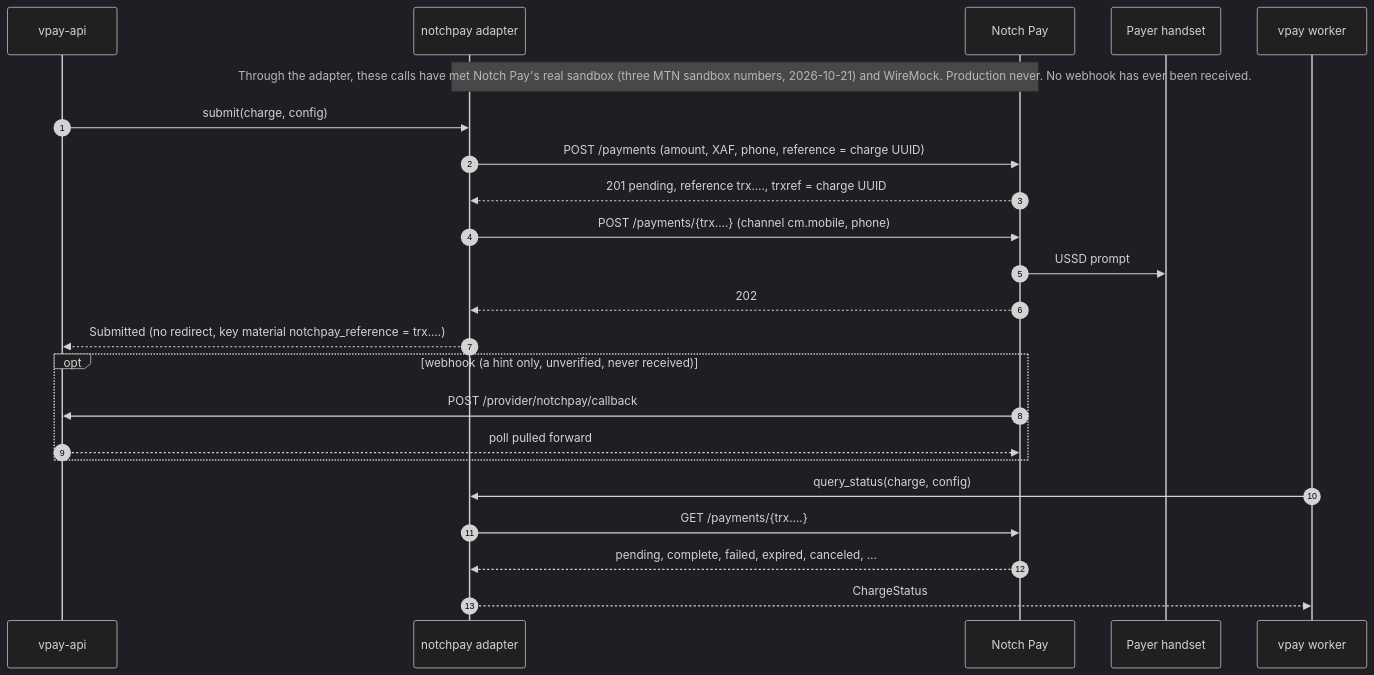
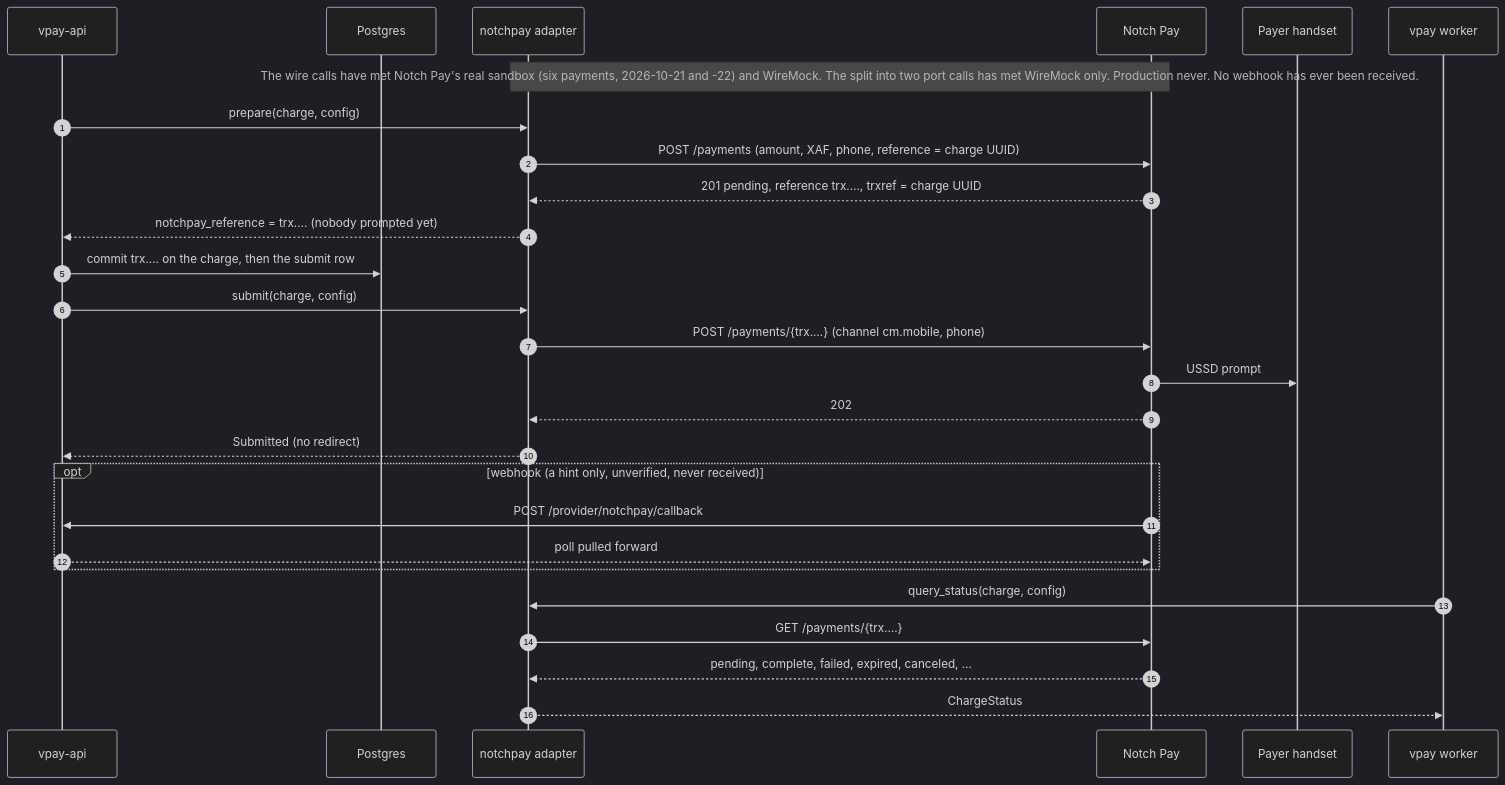
Before and after one commit to vaam-apps/vpay-docs: the diagram in docs/rails/notchpay.md, drawn with Mermaid (dark theme). The commit also changed other lines of this file and 24 other files, not shown here.

````diff
--- a/docs/rails/notchpay.md
+++ b/docs/rails/notchpay.md
@@ -113,25 +138,29 @@
 ```mermaid
 sequenceDiagram
     autonumber
     participant API as vpay-api
+    participant DB as Postgres
     participant A as notchpay adapter
     participant N as Notch Pay
     participant P as Payer handset
     participant W as vpay worker
-    Note over A,N: Through the adapter, these calls have met Notch Pay's real sandbox (three MTN sandbox numbers, 2026-10-21) and WireMock. Production never. No webhook has ever been received.
-    API->>A: submit(charge, config)
+    Note over A,N: The wire calls have met Notch Pay's real sandbox (six payments, 2026-10-21 and -22) and WireMock. The split into two port calls has met WireMock only. Production never. No webhook has ever been received.
+    API->>A: prepare(charge, config)
     A->>N: POST /payments (amount, XAF, phone, reference = charge UUID)
     N-->>A: 201 pending, reference trx.…, trxref = charge UUID
+    A-->>API: notchpay_reference = trx.… (nobody prompted yet)
+    API->>DB: commit trx.… on the charge, then the submit row
+    API->>A: submit(charge, config)
     A->>N: POST /payments/{trx.…} (channel cm.mobile, phone)
     N->>P: USSD prompt
     N-->>A: 202
-    A-->>API: Submitted (no redirect, key material notchpay_reference = trx.…)
+    A-->>API: Submitted (no redirect)
     opt webhook (a hint only, unverified, never received)
         N->>API: POST /provider/notchpay/callback
         API-->>N: poll pulled forward
     end
     W->>A: query_status(charge, config)
     A->>N: GET /payments/{trx.…}
     N-->>A: pending, complete, failed, expired, canceled, …
     A-->>W: ChargeStatus
 ```
````
